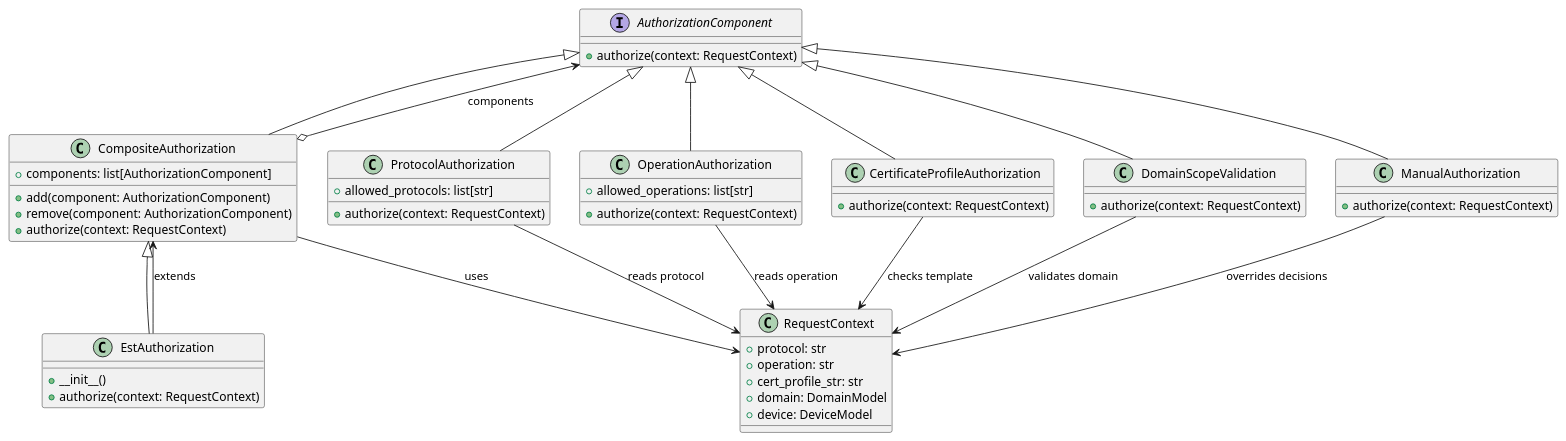
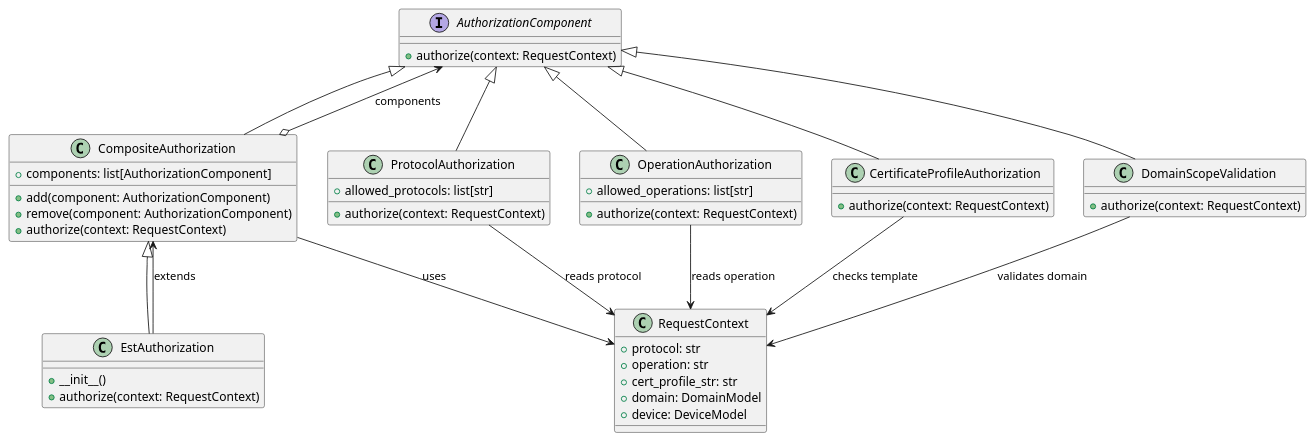
One commit to Trustpoint-Project/trustpoint changed the fifth of 5 diagrams in docs/source/development/workflow.rst. Above: the diagram before and after it, drawn with PlantUML. The commit also changed other lines of this file and 23 other files, not shown here.

```diff
--- a/docs/source/development/workflow.rst
+++ b/docs/source/development/workflow.rst
@@ -321,74 +321,68 @@
 .. plantuml::
 
     @startuml
     ' General interface for all authorization logic.
     interface AuthorizationComponent {
         + authorize(context: RequestContext)
     }
 
     ' Composite that combines multiple authorization mechanisms.
     class CompositeAuthorization {
         + components: list[AuthorizationComponent]
         + add(component: AuthorizationComponent)
         + remove(component: AuthorizationComponent)
         + authorize(context: RequestContext)
     }
 
     ' Specific composite for EST authorization rules.
     class EstAuthorization {
         + __init__()
         + authorize(context: RequestContext)
     }
 
     ' Concrete authorization rules for different aspects of a request.
     class ProtocolAuthorization {
         + allowed_protocols: list[str]
         + authorize(context: RequestContext)
     }
 
     class OperationAuthorization {
         + allowed_operations: list[str]
         + authorize(context: RequestContext)
     }
 
     class CertificateProfileAuthorization {
         + authorize(context: RequestContext)
     }
 
     class DomainScopeValidation {
         + authorize(context: RequestContext)
     }
 
-    class ManualAuthorization {
-        + authorize(context: RequestContext)
-    }
-
     ' Dependency: Context object used in all authorization methods.
     class RequestContext {
         + protocol: str
         + operation: str
         + cert_profile_str: str
         + domain: DomainModel
         + device: DeviceModel
     }
 
     ' Relationships between components.
     AuthorizationComponent <|-- ProtocolAuthorization
     AuthorizationComponent <|-- OperationAuthorization
     AuthorizationComponent <|-- CertificateProfileAuthorization
     AuthorizationComponent <|-- DomainScopeValidation
-    AuthorizationComponent <|-- ManualAuthorization
     AuthorizationComponent <|-- CompositeAuthorization
     CompositeAuthorization <|-- EstAuthorization
 
     ' Aggregations and dependencies.
     CompositeAuthorization o--> AuthorizationComponent : components
     CompositeAuthorization --> RequestContext : uses
     EstAuthorization --> CompositeAuthorization : extends
     ProtocolAuthorization --> RequestContext : reads protocol
     OperationAuthorization --> RequestContext : reads operation
     CertificateProfileAuthorization --> RequestContext : checks template
     DomainScopeValidation --> RequestContext : validates domain
-    ManualAuthorization --> RequestContext : overrides decisions
 
     @enduml
```
